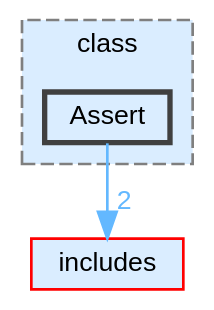
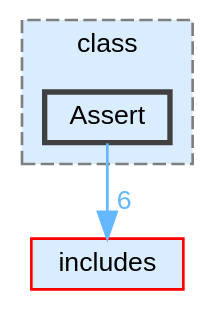
Before and after one commit to JS-CMP/JS-CMP: the diagram in dir_982617a544357fbc7f287aaa748ce7ba_dep.dot, drawn with Graphviz. The commit also changed 855 other files, not shown here.

```diff
--- a/dir_982617a544357fbc7f287aaa748ce7ba_dep.dot
+++ b/dir_982617a544357fbc7f287aaa748ce7ba_dep.dot
@@ -1,14 +1,14 @@
 digraph "lib/class/Assert"
 {
  // LATEX_PDF_SIZE
   bgcolor="transparent";
   edge [fontname=Helvetica,fontsize=10,labelfontname=Helvetica,labelfontsize=10];
   node [fontname=Helvetica,fontsize=10,shape=box,height=0.2,width=0.4];
   compound=true
   subgraph clusterdir_285d619cbfa84c6430bdb6c8ccfd6309 {
     graph [ bgcolor="#daedff", pencolor="grey50", label="class", fontname=Helvetica,fontsize=10 style="filled,dashed", URL="dir_285d619cbfa84c6430bdb6c8ccfd6309.html",tooltip=""]
   dir_982617a544357fbc7f287aaa748ce7ba [label="Assert", fillcolor="#daedff", color="grey25", style="filled,bold", URL="dir_982617a544357fbc7f287aaa748ce7ba.html",tooltip=""];
   }
   dir_09e761304027c904456130627fd4dcf5 [label="includes", fillcolor="#daedff", color="red", style="filled", URL="dir_09e761304027c904456130627fd4dcf5.html",tooltip=""];
-  dir_982617a544357fbc7f287aaa748ce7ba->dir_09e761304027c904456130627fd4dcf5 [headlabel="2", labeldistance=1.5 headhref="dir_000003_000018.html" href="dir_000003_000018.html" color="steelblue1" fontcolor="steelblue1"];
+  dir_982617a544357fbc7f287aaa748ce7ba->dir_09e761304027c904456130627fd4dcf5 [headlabel="6", labeldistance=1.5 headhref="dir_000003_000019.html" href="dir_000003_000019.html" color="steelblue1" fontcolor="steelblue1"];
 }
```
